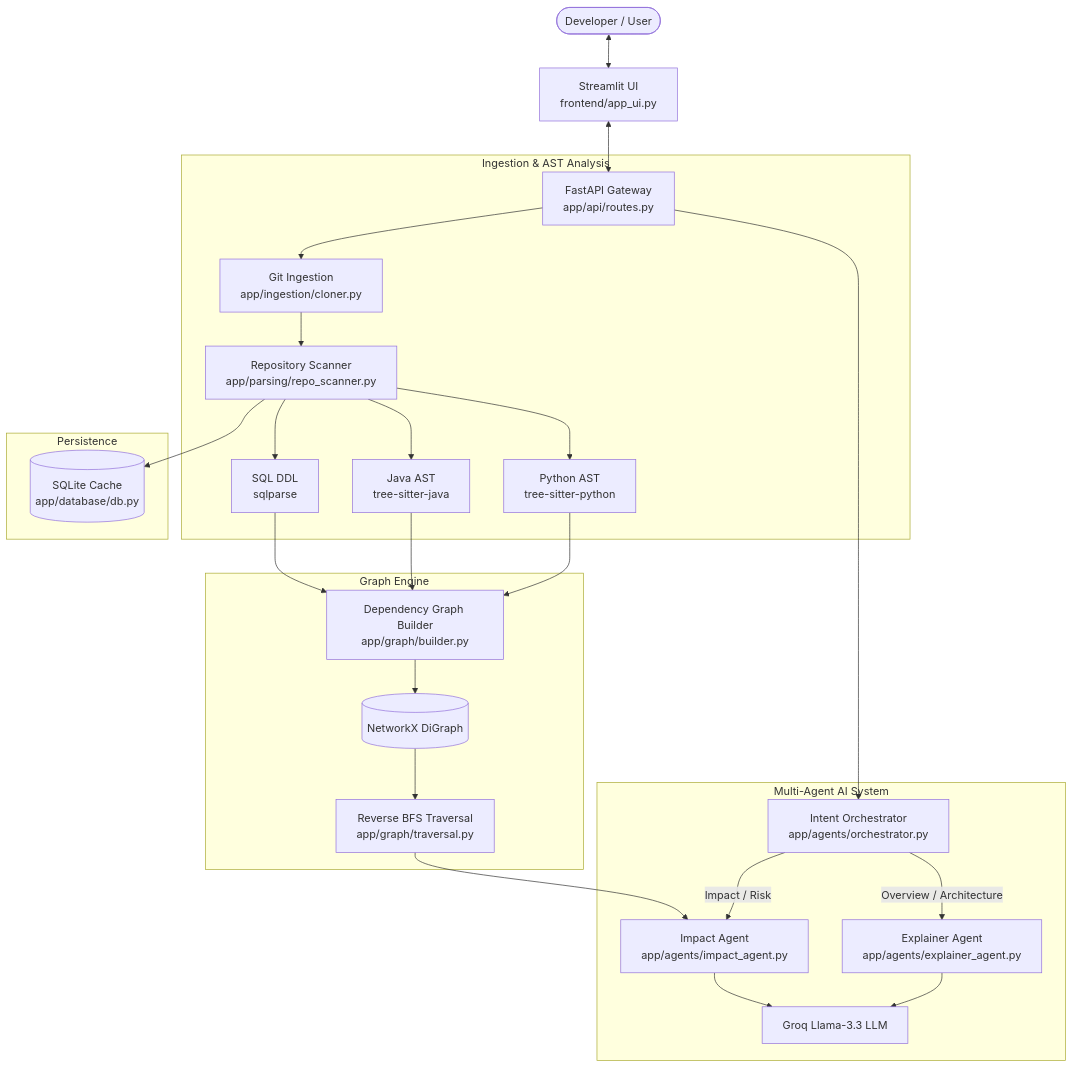
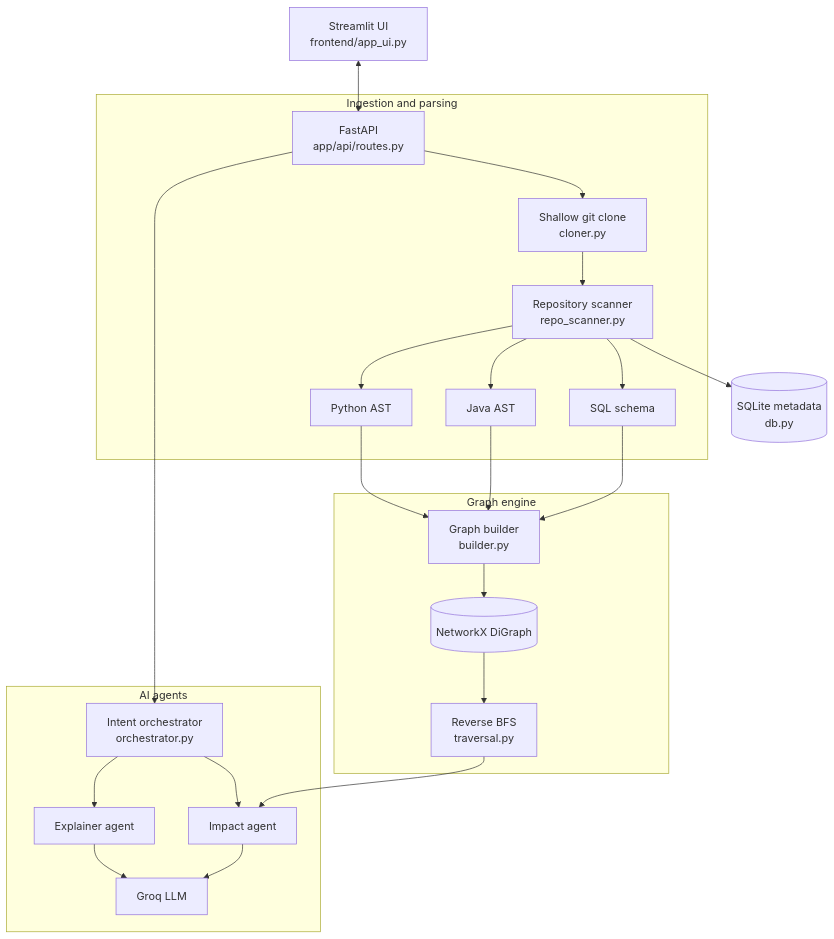
The diagram in README.md (Khudbuddin/GitImpact), drawn with Mermaid before and after one commit. The commit also changed other lines of this file, not shown here.

````diff
--- a/README.md
+++ b/README.md
@@ -42,31 +28,28 @@
 ```mermaid
 flowchart TD
-    User([Developer / User]) <--> UI[Streamlit UI\nfrontend/app_ui.py]
-    UI <--> API[FastAPI Gateway\napp/api/routes.py]
+    UI["Streamlit UI<br/>frontend/app_ui.py"] <--> API["FastAPI<br/>app/api/routes.py"]
 
-    subgraph Ingestion & AST Analysis
-        API --> Cloner[Git Ingestion\napp/ingestion/cloner.py]
-        Cloner --> Scanner[Repository Scanner\napp/parsing/repo_scanner.py]
-        Scanner --> PyParser[Python AST\ntree-sitter-python]
-        Scanner --> JavaParser[Java AST\ntree-sitter-java]
-        Scanner --> SqlParser[SQL DDL\nsqlparse]
+    subgraph Ingestion["Ingestion and parsing"]
+        API --> Cloner["Shallow git clone<br/>cloner.py"]
+        Cloner --> Scanner["Repository scanner<br/>repo_scanner.py"]
+        Scanner --> Py["Python AST"]
+        Scanner --> Java["Java AST"]
+        Scanner --> Sql["SQL schema"]
     end
 
-    subgraph Graph Engine
-        PyParser & JavaParser & SqlParser --> Builder[Dependency Graph Builder\napp/graph/builder.py]
-        Builder --> Graph[(NetworkX DiGraph)]
-        Graph --> Traversal[Reverse BFS Traversal\napp/graph/traversal.py]
+    subgraph Graph["Graph engine"]
+        Py & Java & Sql --> Builder["Graph builder<br/>builder.py"]
+        Builder --> DG[("NetworkX DiGraph")]
+        DG --> BFS["Reverse BFS<br/>traversal.py"]
     end
 
-    subgraph Multi-Agent AI System
-        API --> Router[Intent Orchestrator\napp/agents/orchestrator.py]
-        Router -->|Overview / Architecture| Explainer[Explainer Agent\napp/agents/explainer_agent.py]
-        Router -->|Impact / Risk| ImpactAgent[Impact Agent\napp/agents/impact_agent.py]
-        Traversal --> ImpactAgent
-        Explainer & ImpactAgent --> Groq[Groq Llama-3.3 LLM]
+    subgraph Agents["AI agents"]
+        API --> Router["Intent orchestrator<br/>orchestrator.py"]
+        Router --> Explainer["Explainer agent"]
+        Router --> Impact["Impact agent"]
+        BFS --> Impact
+        Explainer & Impact --> LLM["Groq LLM"]
     end
 
-    subgraph Persistence
-        Scanner --> DB[(SQLite Cache\napp/database/db.py)]
-    end
+    Scanner --> DB[("SQLite metadata<br/>db.py")]
 ```
````
